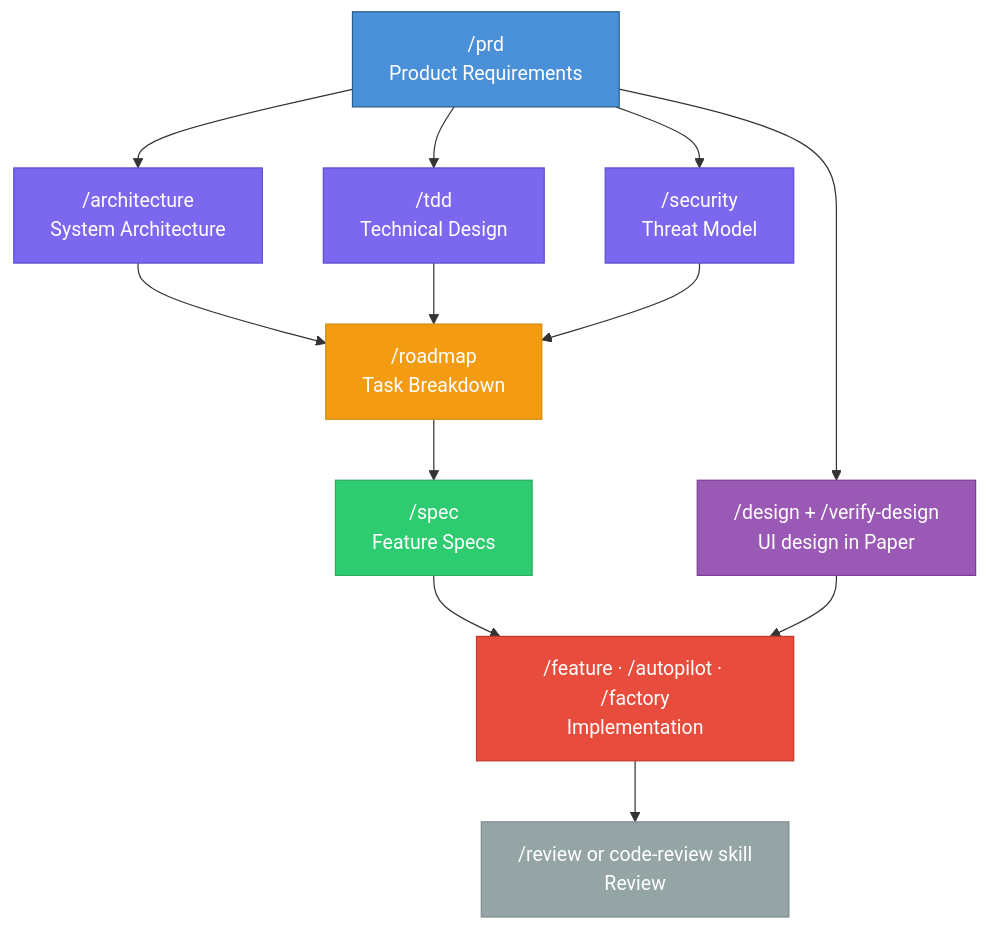
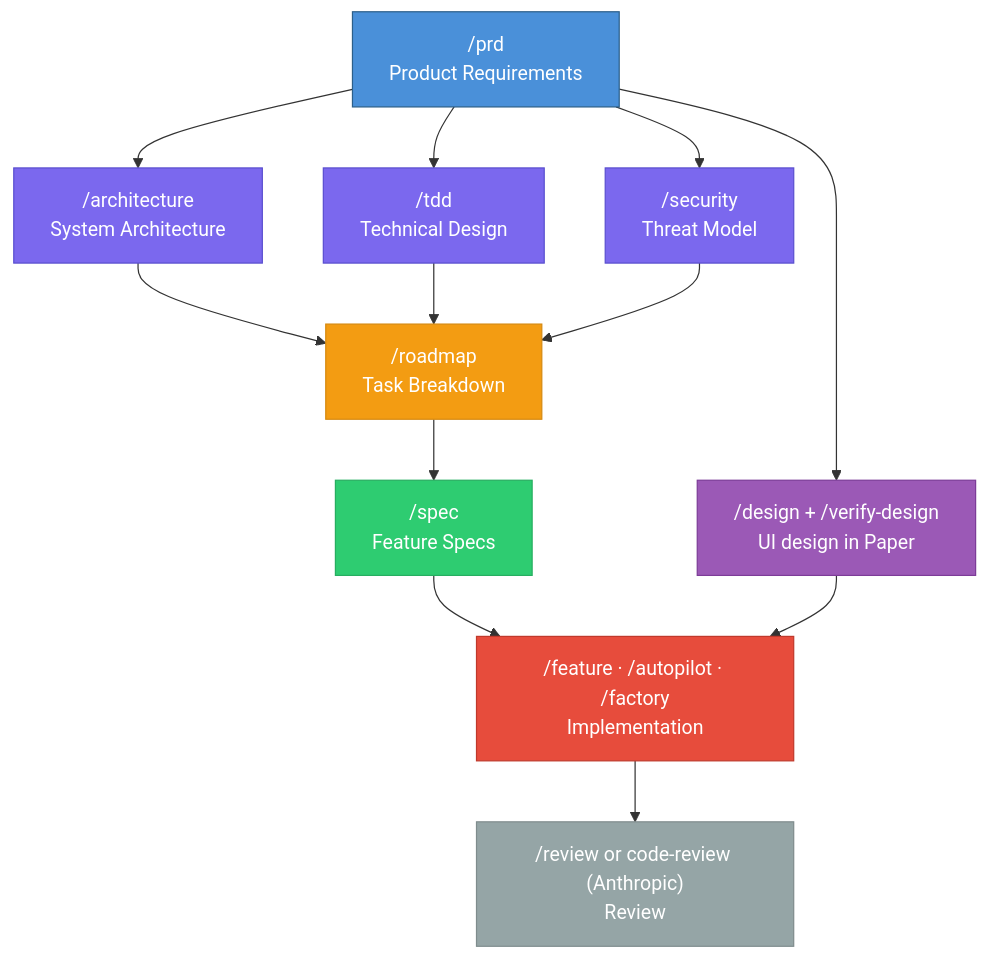
Before and after one commit to 0xrafasec/ai-workflow: the first of 7 diagrams in docs/spec-driven-development.md, drawn with Mermaid. The commit also changed 1 other file, not shown here.

Commit message:
docs: disambiguate bare code-review references as Anthropic's skill
Nine bare `code-review` labels in mermaid nodes and bullets could read
as the deprecated in-repo /code-review. Qualify them as `code-review
(Anthropic)` (or "Anthropic's code-review" in prose) so diagrams can't
be misread when viewed in isolation.

````diff
--- a/docs/spec-driven-development.md
+++ b/docs/spec-driven-development.md
@@ -21,34 +21,34 @@
 ```mermaid
 graph TD
     PRD["/prd<br/>Product Requirements"]
     ARCH["/architecture<br/>System Architecture"]
     TDD["/tdd<br/>Technical Design"]
     SEC["/security<br/>Threat Model"]
     SPEC["/spec<br/>Feature Specs"]
     ROAD["/roadmap<br/>Task Breakdown"]
     DESIGN["/design + /verify-design<br/>UI design in Paper"]
     IMPL["/feature · /autopilot · /factory<br/>Implementation"]
-    REV["/review or code-review skill<br/>Review"]
+    REV["/review or code-review (Anthropic)<br/>Review"]
 
     PRD --> ARCH
     PRD --> TDD
     PRD --> SEC
     PRD --> DESIGN
     ARCH --> ROAD
     TDD --> ROAD
     SEC --> ROAD
     ROAD --> SPEC
     SPEC --> IMPL
     DESIGN --> IMPL
     IMPL --> REV
 
     style PRD fill:#4a90d9,stroke:#2c5f8a,color:#fff
     style ARCH fill:#7b68ee,stroke:#5a4fcf,color:#fff
     style TDD fill:#7b68ee,stroke:#5a4fcf,color:#fff
     style SEC fill:#7b68ee,stroke:#5a4fcf,color:#fff
     style SPEC fill:#2ecc71,stroke:#27ae60,color:#fff
     style ROAD fill:#f39c12,stroke:#d68910,color:#fff
     style DESIGN fill:#9b59b6,stroke:#7d3c98,color:#fff
     style IMPL fill:#e74c3c,stroke:#c0392b,color:#fff
     style REV fill:#95a5a6,stroke:#7f8c8d,color:#fff
 ```
````
